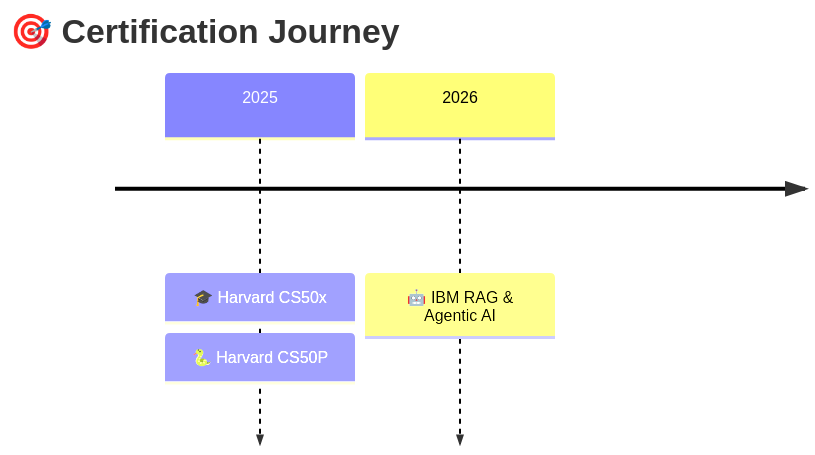
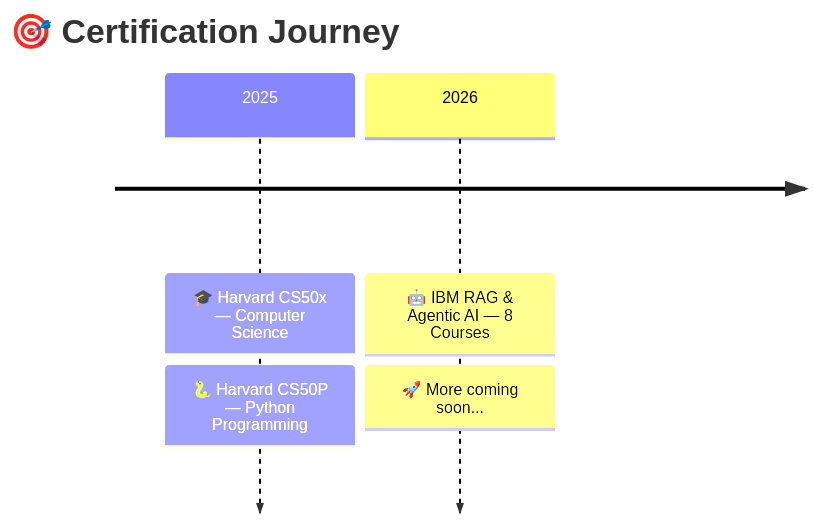
Before and after one commit to Abdeltoto/Abdeltoto: the diagram in README.md, drawn with Mermaid. The commit also changed other lines of this file, not shown here.

Commit message:
Add animations, certification skills, logos for Harvard/IBM/languages

````diff
--- a/README.md
+++ b/README.md
@@ -183,7 +294,8 @@
 ```mermaid
 timeline
     title 🎯 Certification Journey
-    2025 : 🎓 Harvard CS50x
-         : 🐍 Harvard CS50P
-    2026 : 🤖 IBM RAG & Agentic AI
+    2025 : 🎓 Harvard CS50x — Computer Science
+         : 🐍 Harvard CS50P — Python Programming
+    2026 : 🤖 IBM RAG & Agentic AI — 8 Courses
+         : 🚀 More coming soon...
 ```
````
